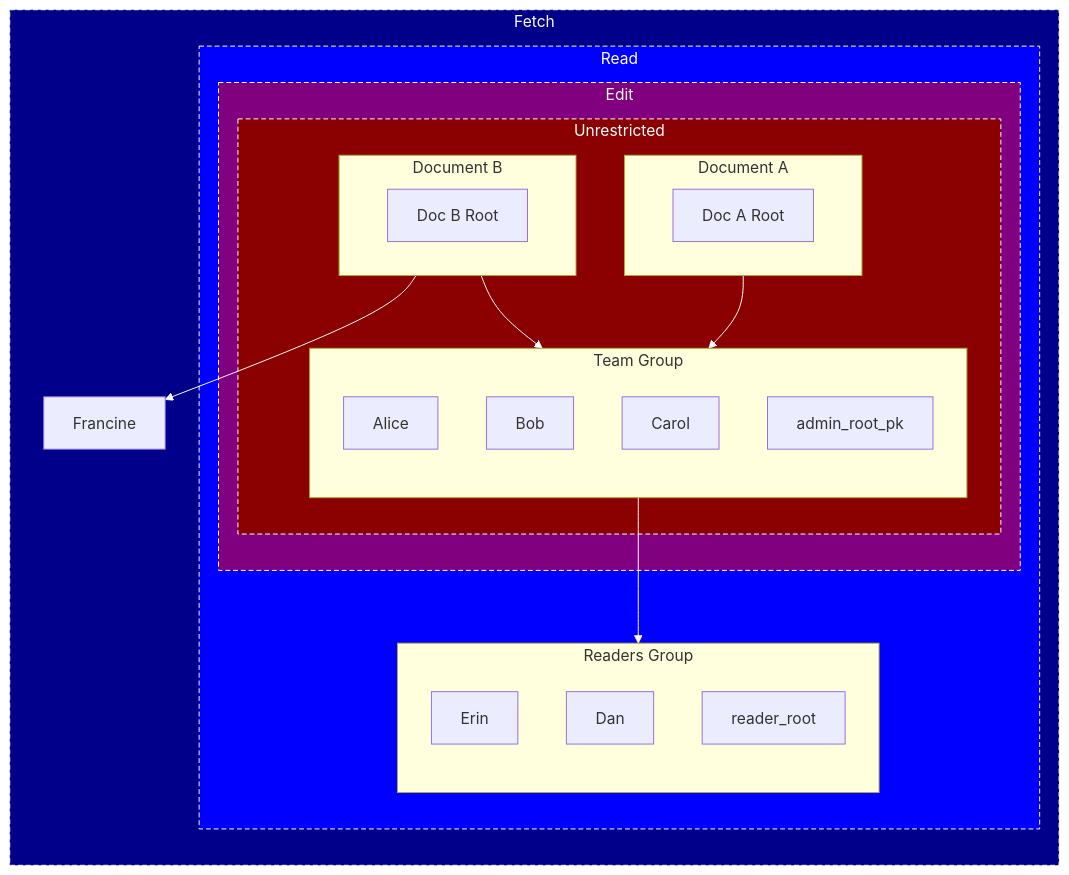
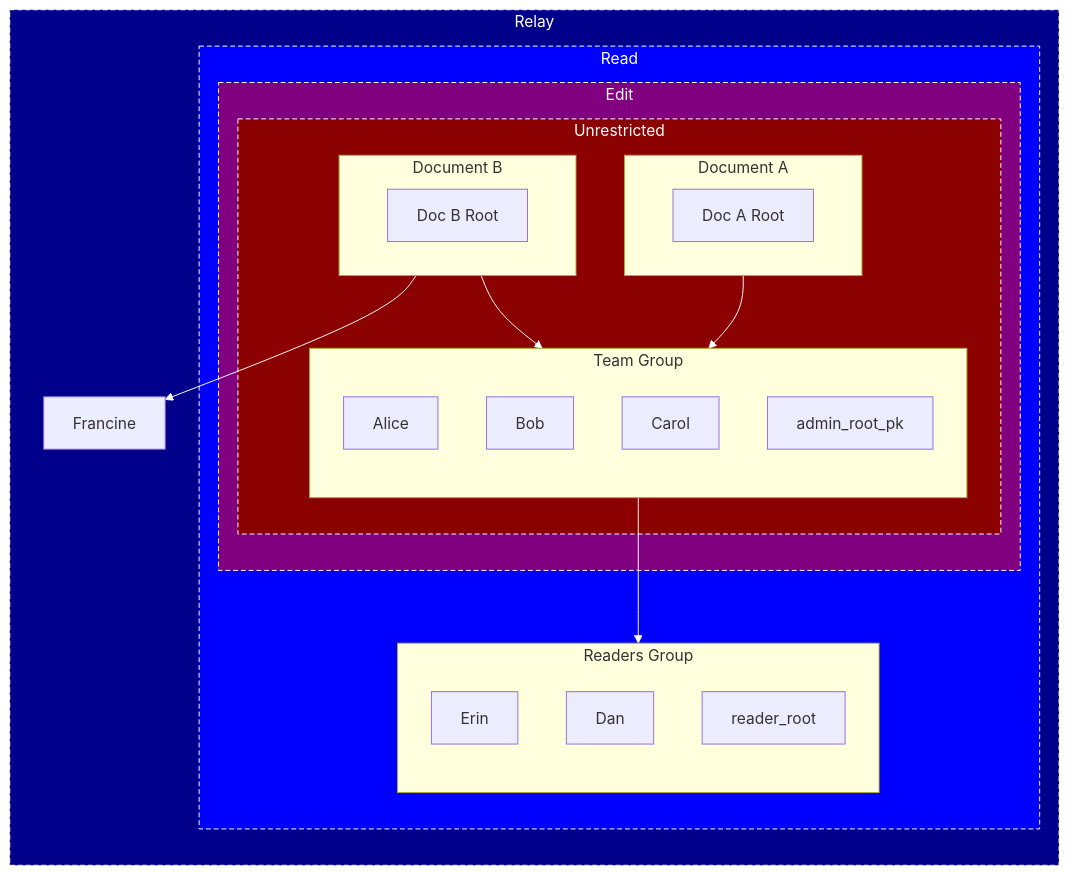
The eighth of 11 diagrams in design/group_membership.md (inkandswitch/keyhive), drawn with Mermaid before and after one commit. The commit also changed other lines of this file and 6 other files, not shown here.

Commit message:
fetch -> relay

````diff
--- a/design/group_membership.md
+++ b/design/group_membership.md
@@ -293,51 +293,51 @@
 ```mermaid
 %%{ init: { 'themeVariables': { 'lineColor': '#FFF' } } }%%
 flowchart BT
-    subgraph pullers[Fetch]
+    subgraph pullers[Relay]
         Francine
 
         subgraph read_only[Read]
             subgraph readers[Readers Group]
                 direction TB
 
                 Erin
                 Dan
 
                 reader_root
             end
 
             subgraph also_write[Edit]
                 subgraph also_change_membership[Unrestricted]
                     subgraph admins[Team Group]
                         direction TB
 
                         Alice
                         Bob
                         Carol
 
                         admin_root_pk
                     end
 
                     subgraph docA[Document A]
                         docA_root_pk[Doc A Root]
                     end
 
                     subgraph docB[Document B]
                         docB_root_pk[Doc B Root]
                     end
                 end
             end
         end
     end
 
     docA --> admins
     docB --> admins
 
     docB --> Francine
     admins --> readers
 
     style pullers color:white,fill:darkblue,stroke:#FFF,stroke-width:1px,stroke-dasharray: 5 3;
     style read_only color:white,fill:blue,stroke:#FFF,stroke-width:1px,stroke-dasharray: 5 3;
     style also_write color:white,fill:purple,stroke:#FFF,stroke-width:1px,stroke-dasharray: 5 3;
     style also_change_membership color:white,fill:darkred,stroke:#FFF,stroke-width:1px,stroke-dasharray: 5 3;
 ```
````
